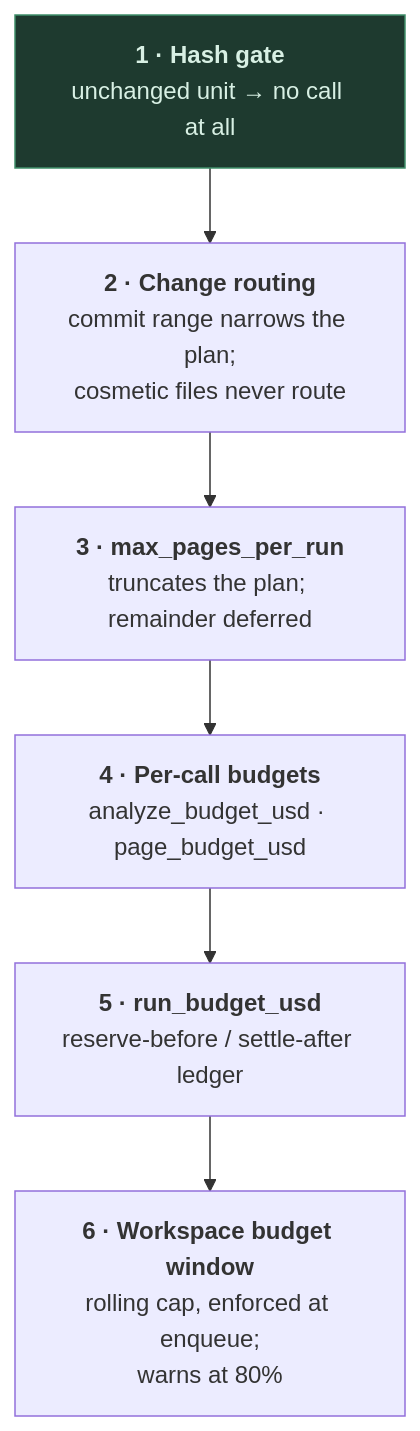
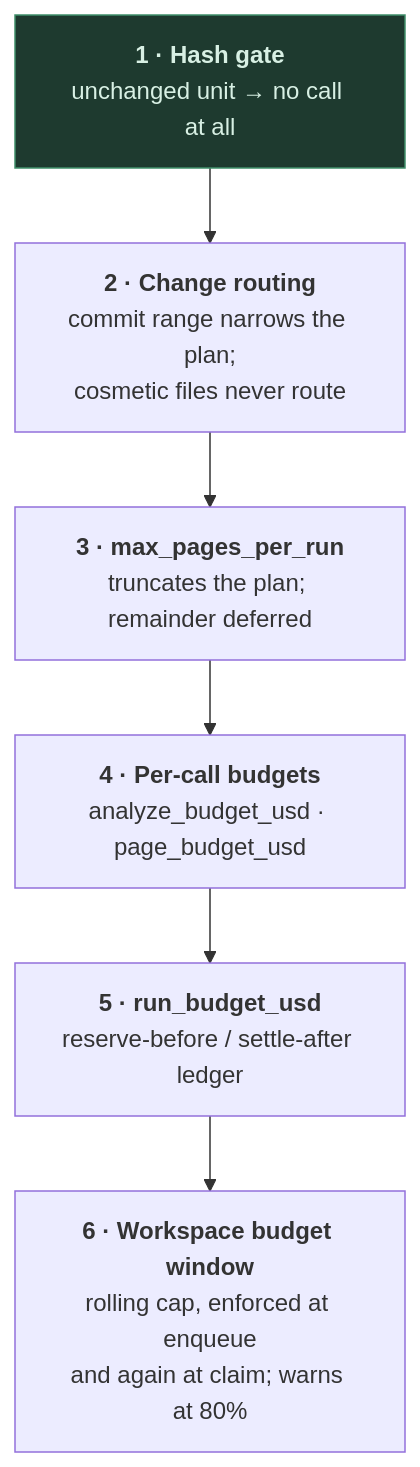
Diagram 14 of 17 in docs/architecture.md (daiwa-zou/kiln), drawn with Mermaid before and after one commit. The commit also changed other lines of this file and 8 other files, not shown here.

````diff
--- a/docs/architecture.md
+++ b/docs/architecture.md
@@ -797,13 +806,13 @@
 ```mermaid
 flowchart TD
     L1["<b>1 · Hash gate</b><br/>unchanged unit → no call at all"]
     L2["<b>2 · Change routing</b><br/>commit range narrows the plan;<br/>cosmetic files never route"]
     L3["<b>3 · max_pages_per_run</b><br/>truncates the plan; remainder deferred"]
     L4["<b>4 · Per-call budgets</b><br/>analyze_budget_usd · page_budget_usd"]
     L5["<b>5 · run_budget_usd</b><br/>reserve-before / settle-after ledger"]
-    L6["<b>6 · Workspace budget window</b><br/>rolling cap, enforced at enqueue;<br/>warns at 80%"]
+    L6["<b>6 · Workspace budget window</b><br/>rolling cap, enforced at enqueue<br/>and again at claim; warns at 80%"]
 
     L1 --> L2 --> L3 --> L4 --> L5 --> L6
 
     style L1 fill:#1e3a2f,stroke:#3f8f6a,color:#d8f0e4
 ```
````
